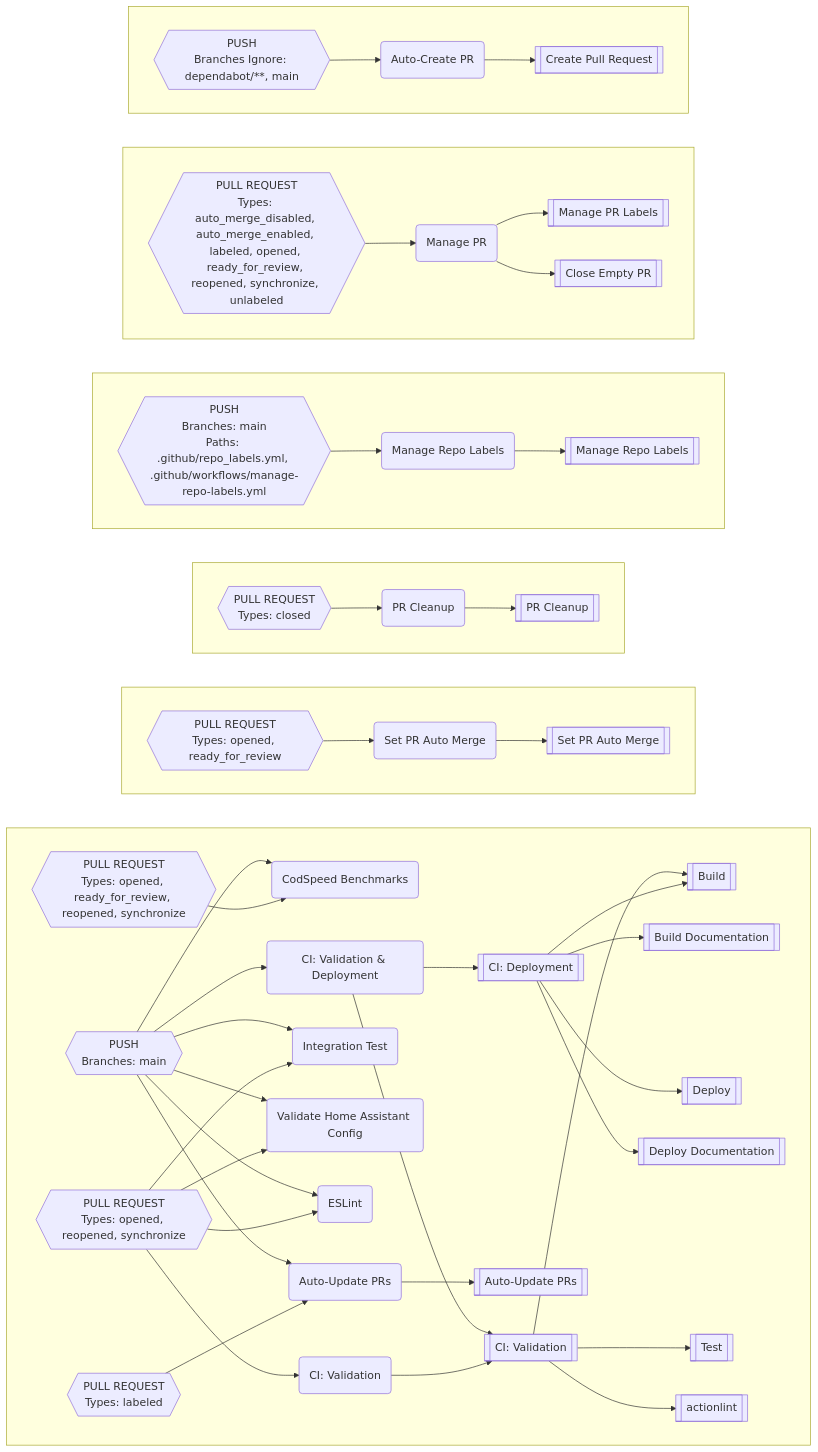
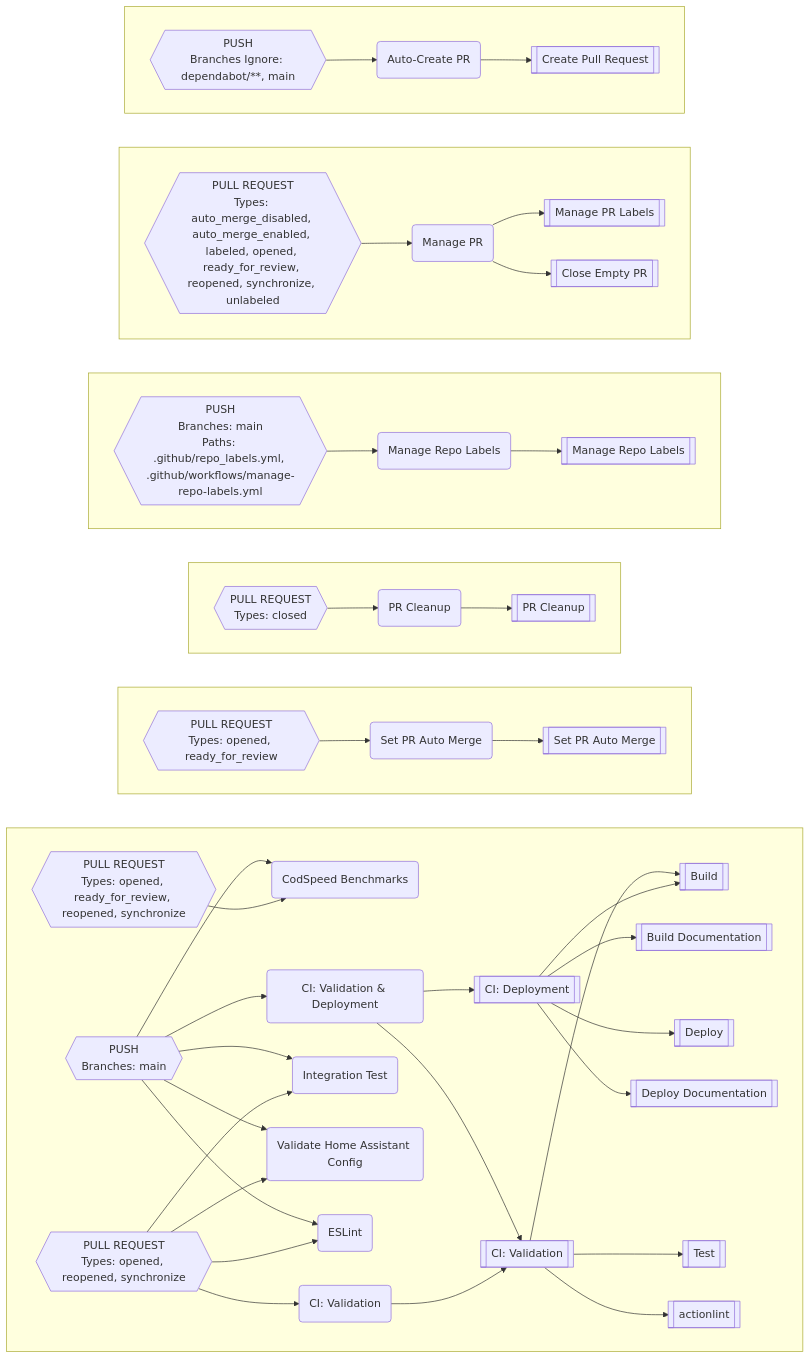
Before and after one commit to worgarside/github-config-files: the diagram in README.md, drawn with Mermaid. The commit also changed other lines of this file and 8 other files, not shown here.

````diff
--- a/README.md
+++ b/README.md
@@ -375,56 +359,53 @@
 ```mermaid
 flowchart LR
-subgraph DY[" "]
+subgraph DR[" "]
 direction LR
-DU-->DT
-DP-->V
-DR-->DP
-DR-->DG
-DR-->DA
-DR-->CW
-CM-->CL
-CL-->AZ
-DM-->DT
-DM-->DL
-DM-->DG
-DM-->DA
-DM-->CW
-DM-->CL
-DL-->V
-DL-->M
+DN-->DM
+DI-->V
+DK-->DI
+DK-->CZ
+DK-->CT
+DK-->CP
+DF-->DM
+DF-->DE
+DF-->CZ
+DF-->CT
+DF-->CP
+DE-->V
+DE-->M
 M-->I
 M-->E
 M-->AN
 M-->AJ
 V-->I
-V-->BS
+V-->BP
 V-->A
 end
-subgraph DZ[" "]
+subgraph DS[" "]
 direction LR
-CT-->CS
-CS-->BP
+CM-->CL
+CL-->BM
 end
-subgraph EA[" "]
+subgraph DT[" "]
 direction LR
-CQ-->CP
-CP-->BC
+CJ-->CI
+CI-->AZ
 end
-subgraph EB[" "]
+subgraph DU[" "]
 direction LR
-CI-->CH
-CH-->AW
+CF-->CE
+CE-->AW
 end
-subgraph EC[" "]
+subgraph DV[" "]
 direction LR
-CD-->CC
-CC-->AT
-CC-->AB
+CA-->BZ
+BZ-->AT
+BZ-->AB
 end
-subgraph ED[" "]
+subgraph DW[" "]
 direction LR
-BZ-->BY
-BY-->AF
+BW-->BV
+BV-->AF
 end
 AB[["Close Empty PR"]]
 AF[["Create Pull Request"]]
@@ -432,49 +413,44 @@
 AN[["Deploy"]]
 AT[["Manage PR Labels"]]
 AW[["Manage Repo Labels"]]
-AZ[["Auto-Update PRs"]]
+AZ[["PR Cleanup"]]
 A[["actionlint"]]
-BC[["PR Cleanup"]]
-BP[["Set PR Auto Merge"]]
-BS[["Test"]]
-BY("Auto-Create PR")
-BZ{{"PUSH
+BM[["Set PR Auto Merge"]]
+BP[["Test"]]
+BV("Auto-Create PR")
+BW{{"PUSH
 Branches Ignore: dependabot/**, main
 "}}
-CC("Manage PR")
-CD{{"PULL REQUEST
+BZ("Manage PR")
+CA{{"PULL REQUEST
 Types: auto_merge_disabled, auto_merge_enabled, labeled, opened, ready_for_review, reopened, synchronize, unlabeled
 "}}
-CH("Manage Repo Labels")
-CI{{"PUSH
+CE("Manage Repo Labels")
+CF{{"PUSH
 Branches: main
 Paths: .github/repo_labels.yml, .github/workflows/manage-repo-labels.yml
 "}}
-CL("Auto-Update PRs")
-CM{{"PULL REQUEST
-Types: labeled
-"}}
-CP("PR Cleanup")
-CQ{{"PULL REQUEST
+CI("PR Cleanup")
+CJ{{"PULL REQUEST
 Types: closed
 "}}
-CS("Set PR Auto Merge")
-CT{{"PULL REQUEST
+CL("Set PR Auto Merge")
+CM{{"PULL REQUEST
 Types: opened, ready_for_review
 "}}
-CW("ESLint")
-DA("Validate Home Assistant Config")
-DG("Integration Test")
-DL("CI: Validation & Deployment")
-DM{{"PUSH
+CP("ESLint")
+CT("Validate Home Assistant Config")
+CZ("Integration Test")
+DE("CI: Validation & Deployment")
+DF{{"PUSH
 Branches: main
 "}}
-DP("CI: Validation")
-DR{{"PULL REQUEST
+DI("CI: Validation")
+DK{{"PULL REQUEST
 Types: opened, reopened, synchronize
 "}}
-DT("CodSpeed Benchmarks")
-DU{{"PULL REQUEST
+DM("CodSpeed Benchmarks")
+DN{{"PULL REQUEST
 Types: opened, ready_for_review, reopened, synchronize
 "}}
 E[["Build Documentation"]]
````
